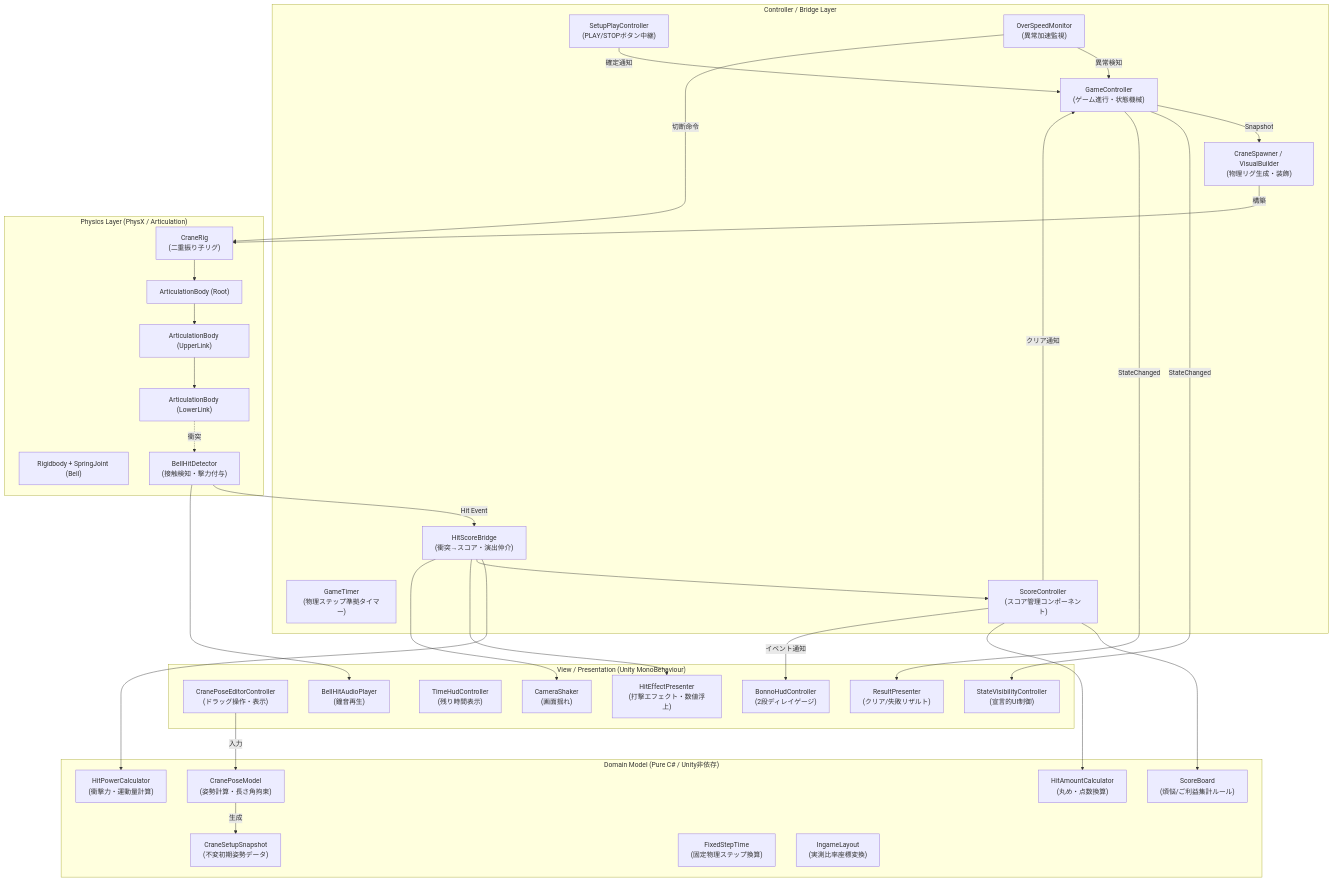
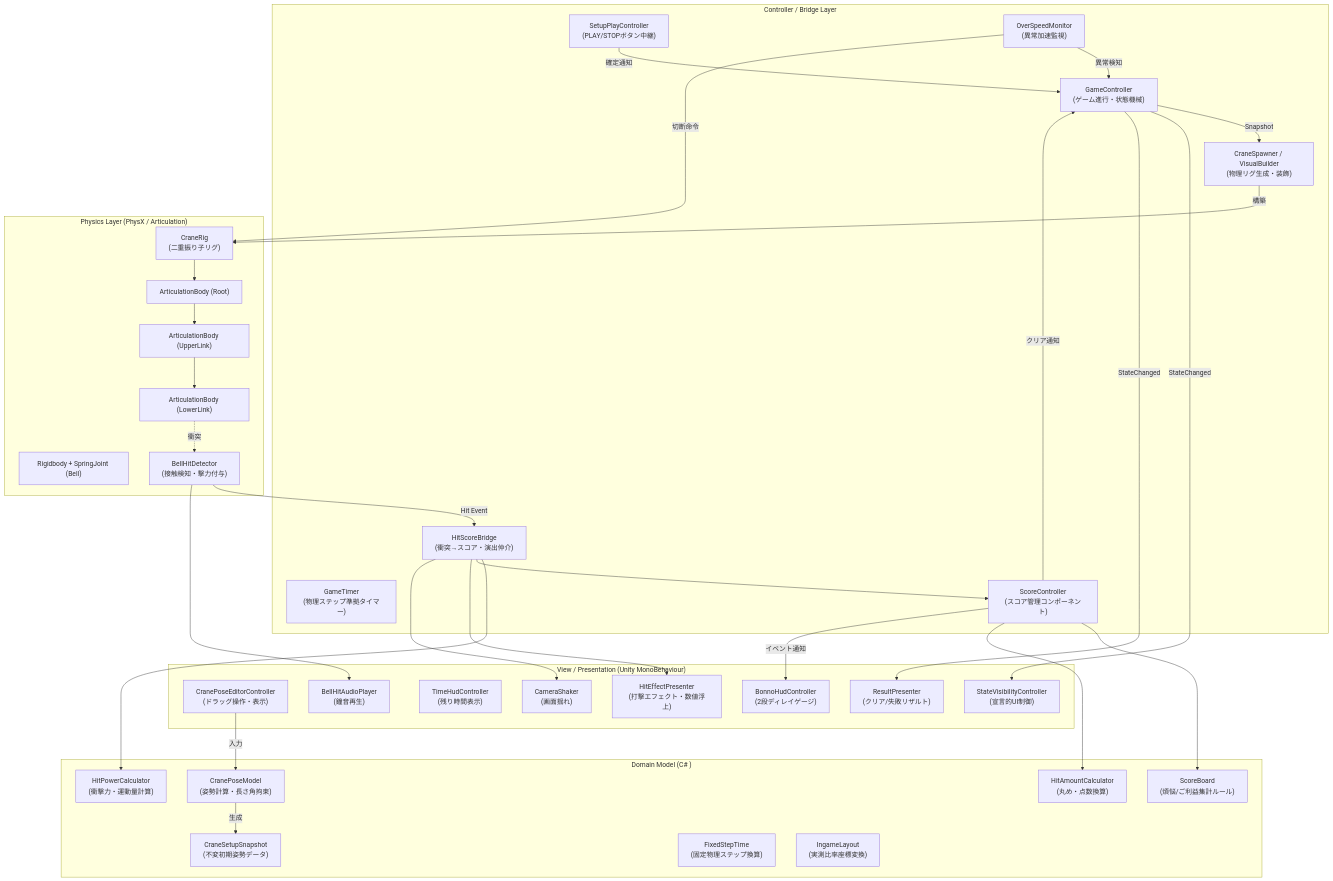
The second of 6 diagrams in README.md (aptmara/Crane-Public), drawn with Mermaid before and after one commit.

Commit message:
Update subgraph label in README.md

````diff
--- a/README.md
+++ b/README.md
@@ -103,64 +103,64 @@
 ```mermaid
 flowchart TD
     subgraph UI_Presentation ["View / Presentation (Unity MonoBehaviour)"]
         UI_Editor["CranePoseEditorController<br/>(ドラッグ操作・表示)"]
         UI_HUD["BonnoHudController<br/>(2段ディレイゲージ)"]
         UI_Time["TimeHudController<br/>(残り時間表示)"]
         UI_Result["ResultPresenter<br/>(クリア/失敗リザルト)"]
         FX_Hit["HitEffectPresenter<br/>(打撃エフェクト・数値浮上)"]
         FX_Shake["CameraShaker<br/>(画面揺れ)"]
         FX_Audio["BellHitAudioPlayer<br/>(鐘音再生)"]
         State_Vis["StateVisibilityController<br/>(宣言的UI制御)"]
     end
 
     subgraph Controller_Bridge ["Controller / Bridge Layer"]
         C_Game["GameController<br/>(ゲーム進行・状態機械)"]
         C_Timer["GameTimer<br/>(物理ステップ準拠タイマー)"]
         C_Score["ScoreController<br/>(スコア管理コンポーネント)"]
         C_Play["SetupPlayController<br/>(PLAY/STOPボタン中継)"]
         B_Physics["CraneSpawner / VisualBuilder<br/>(物理リグ生成・装飾)"]
         B_Hit["HitScoreBridge<br/>(衝突→スコア・演出仲介)"]
         B_OverSpeed["OverSpeedMonitor<br/>(異常加速監視)"]
     end
 
-    subgraph Pure_Logic ["Domain Model (Pure C# / Unity非依存)"]
+    subgraph Pure_Logic ["Domain Model (C# )"]
         M_Pose["CranePoseModel<br/>(姿勢計算・長さ角拘束)"]
         M_Snapshot["CraneSetupSnapshot<br/>(不変初期姿勢データ)"]
         M_Board["ScoreBoard<br/>(煩悩/ご利益集計ルール)"]
         M_StepTime["FixedStepTime<br/>(固定物理ステップ換算)"]
         M_PowerCalc["HitPowerCalculator<br/>(衝撃力・運動量計算)"]
         M_AmountCalc["HitAmountCalculator<br/>(丸め・点数換算)"]
         M_Layout["IngameLayout<br/>(実測比率座標変換)"]
     end
 
     subgraph Physics_Engine ["Physics Layer (PhysX / Articulation)"]
         P_Rig["CraneRig<br/>(二重振り子リグ)"]
         P_Root["ArticulationBody (Root)"]
         P_Upper["ArticulationBody (UpperLink)"]
         P_Lower["ArticulationBody (LowerLink)"]
         P_Bell["Rigidbody + SpringJoint (Bell)"]
         P_Detector["BellHitDetector<br/>(接触検知・撃力付与)"]
     end
 
     UI_Editor -->|入力| M_Pose
     M_Pose -->|生成| M_Snapshot
     C_Play -->|確定通知| C_Game
     C_Game -->|Snapshot| B_Physics
     B_Physics -->|構築| P_Rig
     P_Rig --> P_Root --> P_Upper --> P_Lower
     P_Lower -.->|衝突| P_Detector
     P_Detector -->|Hit Event| B_Hit
     B_Hit --> M_PowerCalc
     B_Hit --> C_Score
     C_Score --> M_Board
     C_Score --> M_AmountCalc
     C_Score -->|イベント通知| UI_HUD
     C_Score -->|クリア通知| C_Game
     B_Hit --> FX_Hit
     B_Hit --> FX_Shake
     P_Detector --> FX_Audio
     C_Game -->|StateChanged| State_Vis
     C_Game -->|StateChanged| UI_Result
     B_OverSpeed -->|異常検知| C_Game
     B_OverSpeed -->|切断命令| P_Rig
 ```
````
